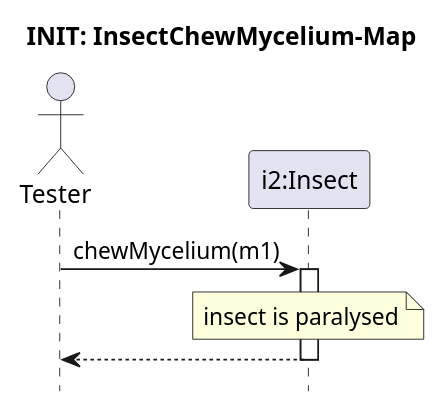
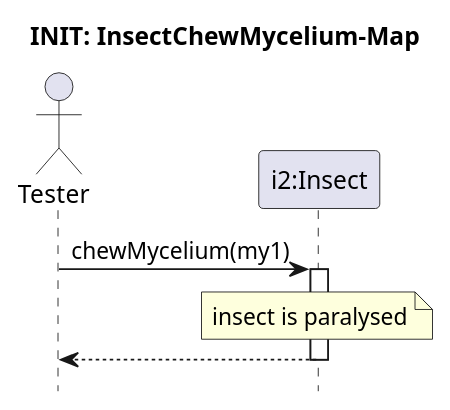
The diagram in Skeleton/Insect-chew-mycelium/paralysed.pu (ZD4ve/projlab-error521), drawn with PlantUML before and after one commit. The commit also changed 6 other files, not shown here.

Commit message:
Mycelium tearing added and name changes in move and chew

```diff
--- a/Skeleton/Insect-chew-mycelium/paralysed.pu
+++ b/Skeleton/Insect-chew-mycelium/paralysed.pu
@@ -1,13 +1,13 @@
 @startuml Insect-chew-mycelium/paralysed
 hide footbox
 title INIT: InsectChewMycelium-Map
 
 actor Tester as S
 participant "i2:Insect" as i2
 
 
-S -> i2 : chewMycelium(m1)
+S -> i2 : chewMycelium(my1)
 activate i2
 note over i2 : insect is paralysed
 return
 @enduml
```
